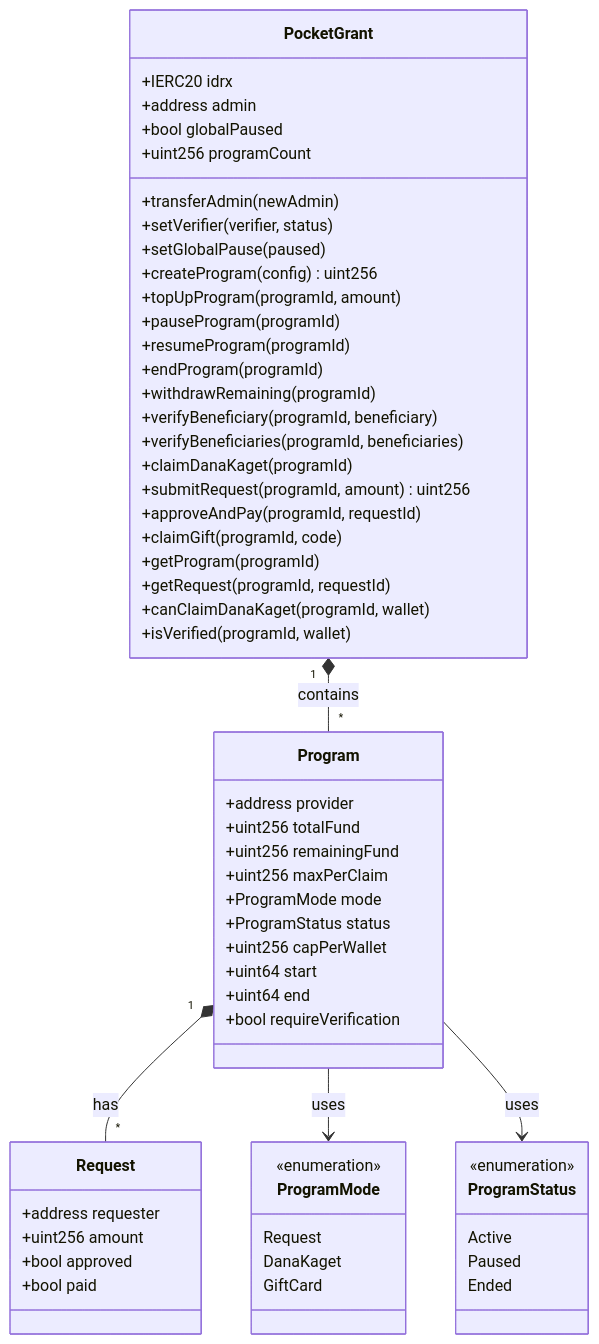
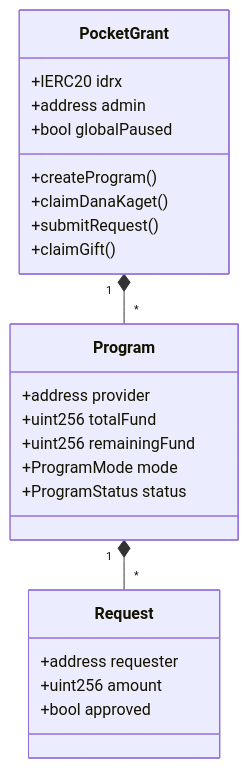
Before and after one commit to raflimulyarahman/PocketGrant: the ninth of 9 diagrams in WALKTHROUGH.md, drawn with Mermaid. The commit also changed other lines of this file, not shown here.

Commit message:
docs: Simplify mermaid diagrams and entity details in the walkthrough.

````diff
--- a/WALKTHROUGH.md
+++ b/WALKTHROUGH.md
@@ -413,72 +211,26 @@
 ```mermaid
 classDiagram
     class PocketGrant {
         +IERC20 idrx
         +address admin
         +bool globalPaused
-        +uint256 programCount
-
-        +transferAdmin(newAdmin)
-        +setVerifier(verifier, status)
-        +setGlobalPause(paused)
-
-        +createProgram(config) uint256
-        +topUpProgram(programId, amount)
-        +pauseProgram(programId)
-        +resumeProgram(programId)
-        +endProgram(programId)
-        +withdrawRemaining(programId)
-
-        +verifyBeneficiary(programId, beneficiary)
-        +verifyBeneficiaries(programId, beneficiaries)
-
-        +claimDanaKaget(programId)
-        +submitRequest(programId, amount) uint256
-        +approveAndPay(programId, requestId)
-        +claimGift(programId, code)
-
-        +getProgram(programId)
-        +getRequest(programId, requestId)
-        +canClaimDanaKaget(programId, wallet)
-        +isVerified(programId, wallet)
+        +createProgram()
+        +claimDanaKaget()
+        +submitRequest()
+        +claimGift()
     }
-
     class Program {
         +address provider
         +uint256 totalFund
         +uint256 remainingFund
-        +uint256 maxPerClaim
         +ProgramMode mode
         +ProgramStatus status
-        +uint256 capPerWallet
-        +uint64 start
-        +uint64 end
-        +bool requireVerification
     }
-
     class Request {
         +address requester
         +uint256 amount
         +bool approved
-        +bool paid
     }
-
-    class ProgramMode {
-        <<enumeration>>
-        Request
-        DanaKaget
-        GiftCard
-    }
-
-    class ProgramStatus {
-        <<enumeration>>
-        Active
-        Paused
-        Ended
-    }
-
-    PocketGrant "1" *-- "*" Program : contains
-    Program "1" *-- "*" Request : has
-    Program --> ProgramMode : uses
-    Program --> ProgramStatus : uses
+    PocketGrant "1" *-- "*" Program
+    Program "1" *-- "*" Request
 ```
````
